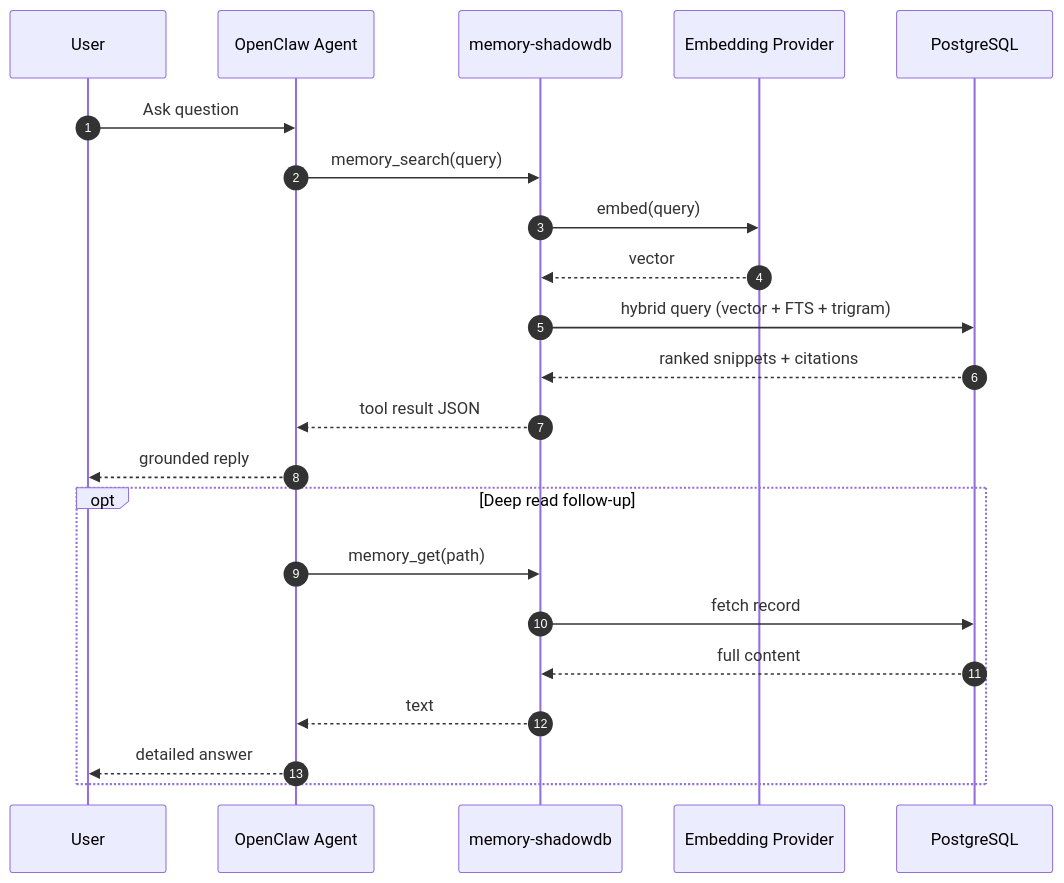
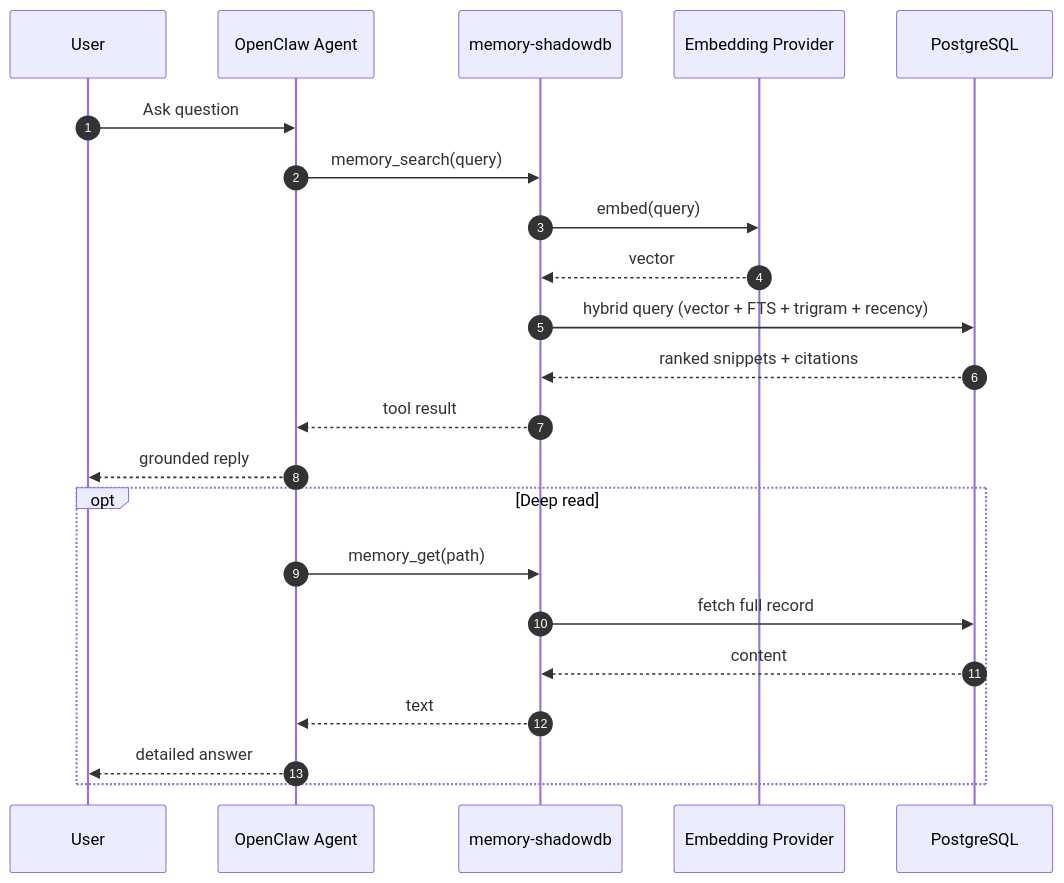
Before and after one commit to jamesdwilson/Sh4d0wDB: the second of 3 diagrams in README.md, drawn with Mermaid. The commit also changed other lines of this file and 6 other files, not shown here.

````diff
--- a/README.md
+++ b/README.md
@@ -187,26 +93,26 @@
 ```mermaid
 sequenceDiagram
     autonumber
     participant U as User
     participant A as OpenClaw Agent
     participant P as memory-shadowdb
     participant E as Embedding Provider
     participant D as PostgreSQL
 
     U->>A: Ask question
     A->>P: memory_search(query)
     P->>E: embed(query)
     E-->>P: vector
-    P->>D: hybrid query (vector + FTS + trigram)
+    P->>D: hybrid query (vector + FTS + trigram + recency)
     D-->>P: ranked snippets + citations
-    P-->>A: tool result JSON
+    P-->>A: tool result
     A-->>U: grounded reply
 
-    opt Deep read follow-up
+    opt Deep read
       A->>P: memory_get(path)
-      P->>D: fetch record
-      D-->>P: full content
+      P->>D: fetch full record
+      D-->>P: content
       P-->>A: text
       A-->>U: detailed answer
     end
 ```
````
